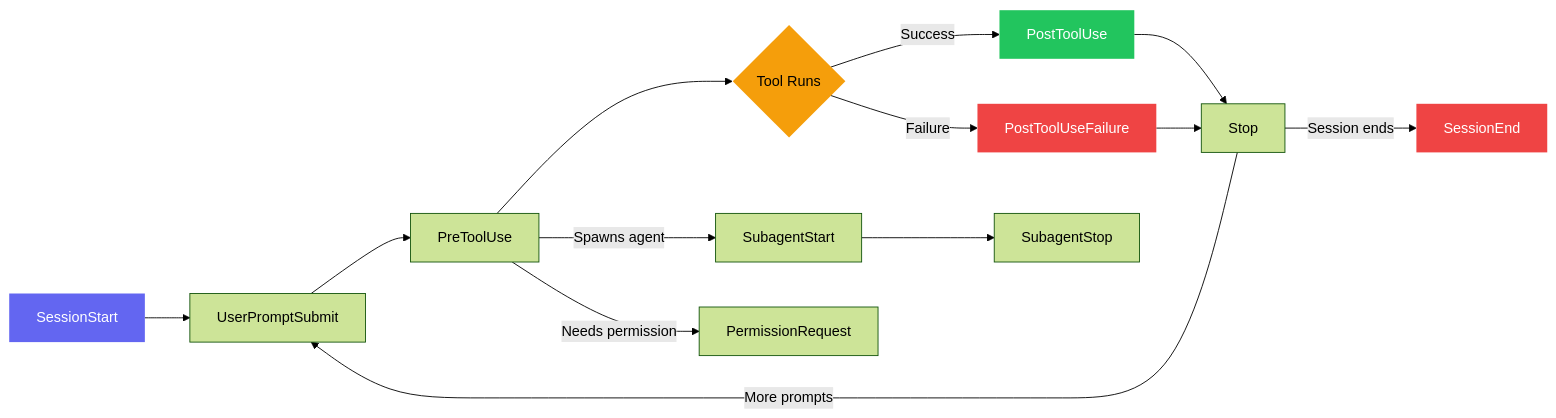
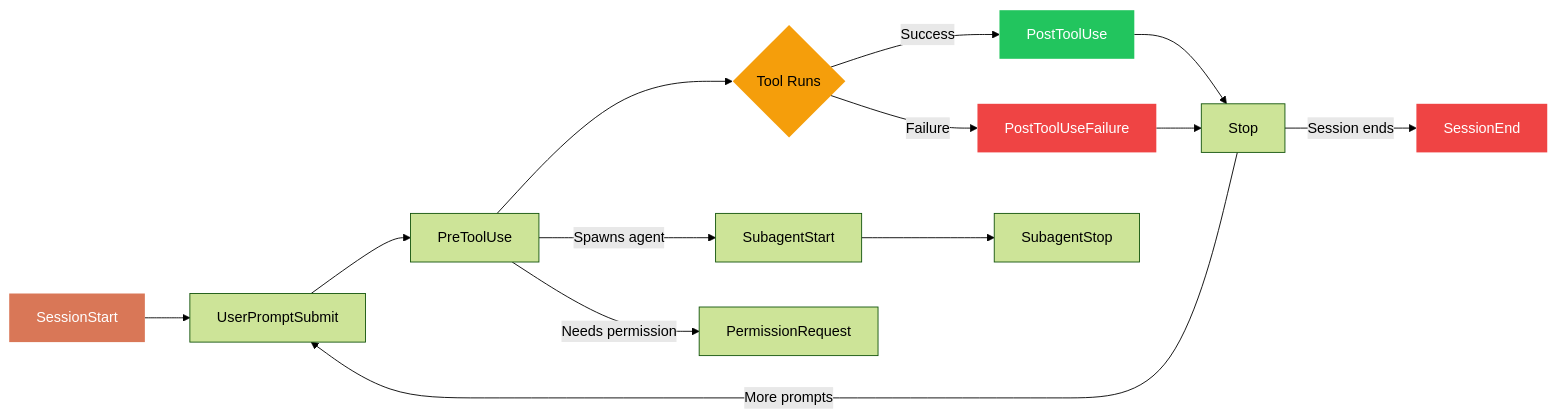
One commit to MaTriXy/pro-workflow changed the first of 2 diagrams in README.md. Above: the diagram before and after it, drawn with Mermaid (forest theme). The commit also changed other lines of this file and 1 other file, not shown here.

````diff
--- a/README.md
+++ b/README.md
@@ -218,23 +219,23 @@
 ```mermaid
 graph LR
     A[SessionStart] --> B[UserPromptSubmit]
     B --> C[PreToolUse]
     C --> D{Tool Runs}
     D -->|Success| E[PostToolUse]
     D -->|Failure| F[PostToolUseFailure]
     E --> G[Stop]
     F --> G
     G -->|More prompts| B
     G -->|Session ends| H[SessionEnd]
 
     C -->|Spawns agent| I[SubagentStart]
     I --> J[SubagentStop]
 
     C -->|Needs permission| K[PermissionRequest]
 
-    style A fill:#6366f1,color:#fff,stroke:none
+    style A fill:#D97757,color:#fff,stroke:none
     style H fill:#ef4444,color:#fff,stroke:none
     style D fill:#f59e0b,color:#000,stroke:none
     style E fill:#22c55e,color:#fff,stroke:none
     style F fill:#ef4444,color:#fff,stroke:none
 ```
````
